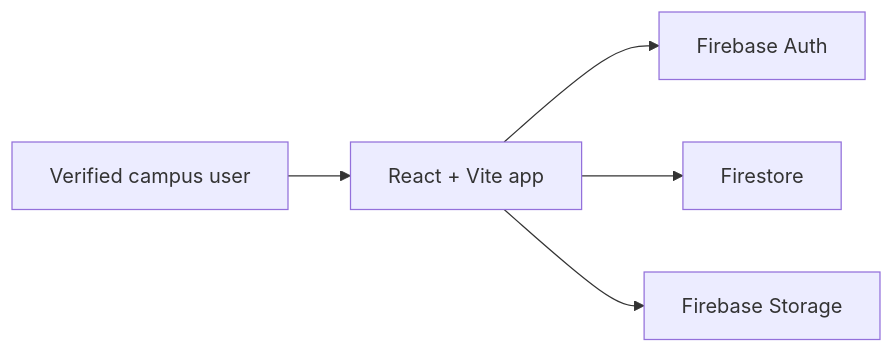
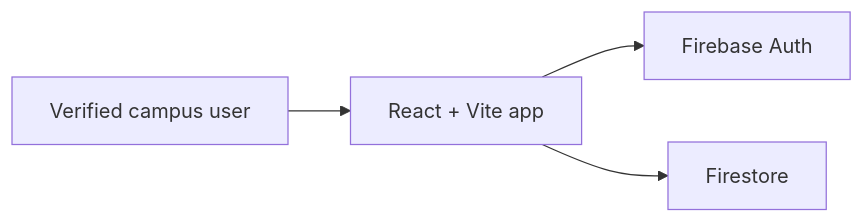
Before and after one commit to Dawnbatman2289/NileFound: the diagram in README.md, drawn with Mermaid. The commit also changed other lines of this file and 72 other files, not shown here.

````diff
--- a/README.md
+++ b/README.md
@@ -20,7 +20,6 @@
 ```mermaid
 flowchart LR
   User[Verified campus user] --> App[React + Vite app]
   App --> Auth[Firebase Auth]
   App --> Firestore[Firestore]
-  App --> Storage[Firebase Storage]
 ```
````
